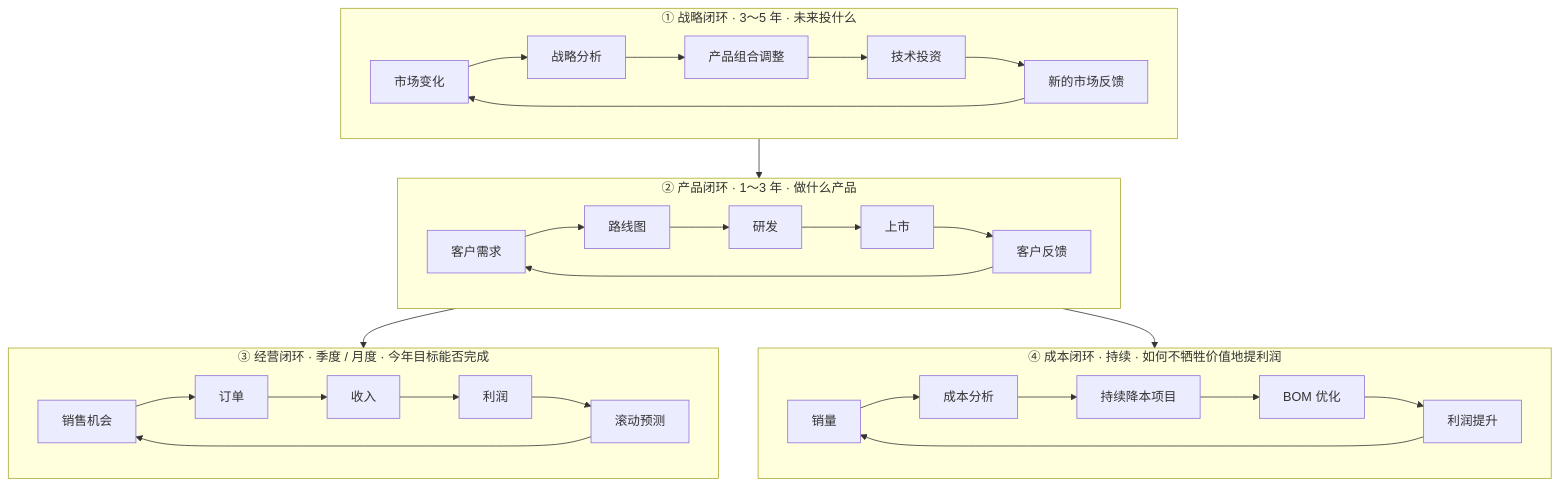
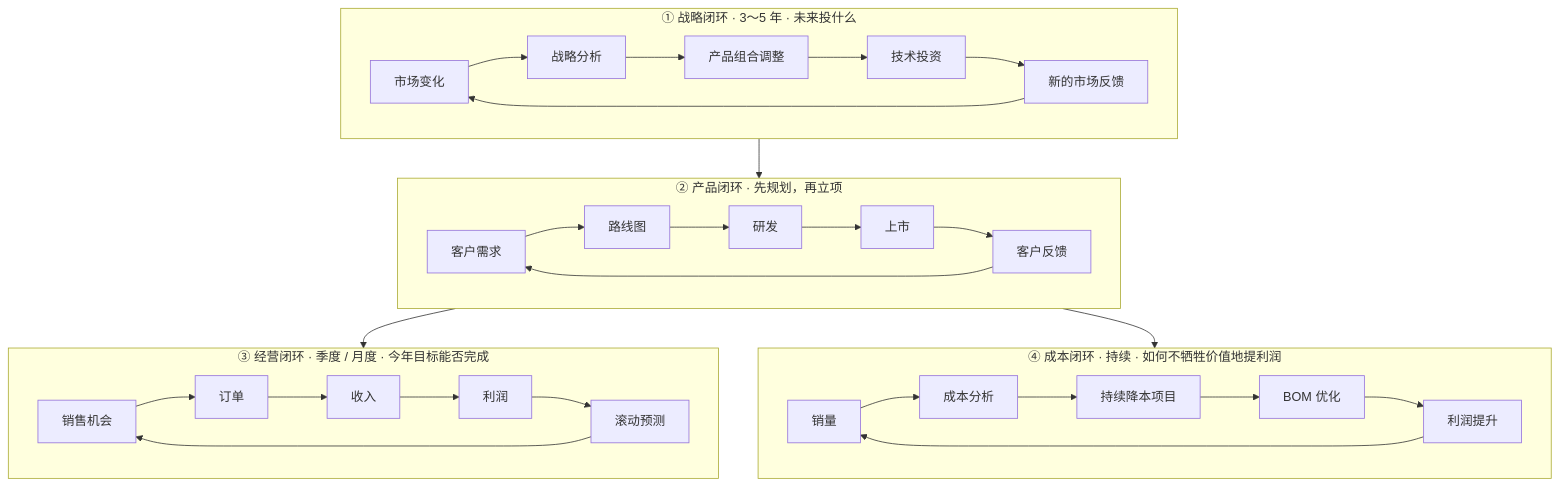
Before and after one commit to analyst2004lx/paper01: the sixth of 29 diagrams in 产品管理/战略和产品管理.md, drawn with Mermaid. The commit also changed other lines of this file and 15 other files, not shown here.

````diff
--- a/产品管理/战略和产品管理.md
+++ b/产品管理/战略和产品管理.md
@@ -319,17 +345,17 @@
 ```mermaid
 flowchart TB
     subgraph L1["① 战略闭环 · 3～5 年 · 未来投什么"]
         A1["市场变化"] --> A2["战略分析"] --> A3["产品组合调整"] --> A4["技术投资"] --> A5["新的市场反馈"] --> A1
     end
-    subgraph L2["② 产品闭环 · 1～3 年 · 做什么产品"]
+    subgraph L2["② 产品闭环 · 先规划，再立项"]
         B1["客户需求"] --> B2["路线图"] --> B3["研发"] --> B4["上市"] --> B5["客户反馈"] --> B1
     end
     subgraph L3["③ 经营闭环 · 季度 / 月度 · 今年目标能否完成"]
         C1["销售机会"] --> C2["订单"] --> C3["收入"] --> C4["利润"] --> C5["滚动预测"] --> C1
     end
     subgraph L4["④ 成本闭环 · 持续 · 如何不牺牲价值地提利润"]
         D1["销量"] --> D2["成本分析"] --> D3["持续降本项目"] --> D4["BOM 优化"] --> D5["利润提升"] --> D1
     end
     L1 --> L2 --> L3
     L2 --> L4
 ```
````
